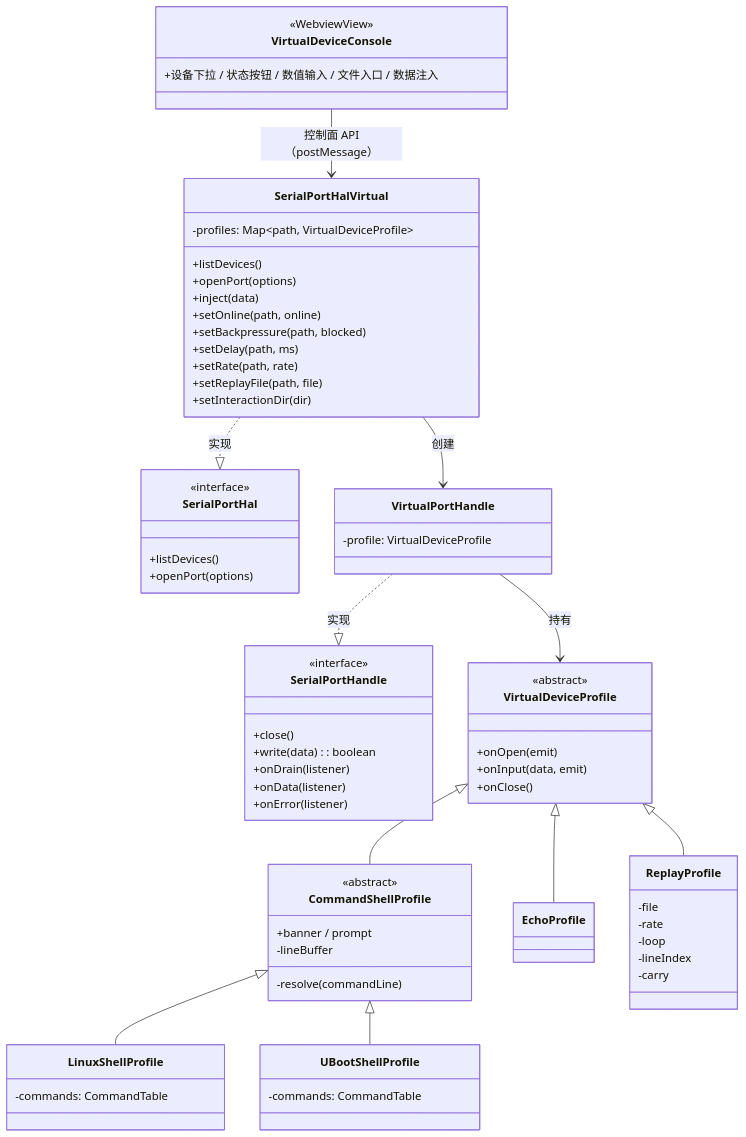
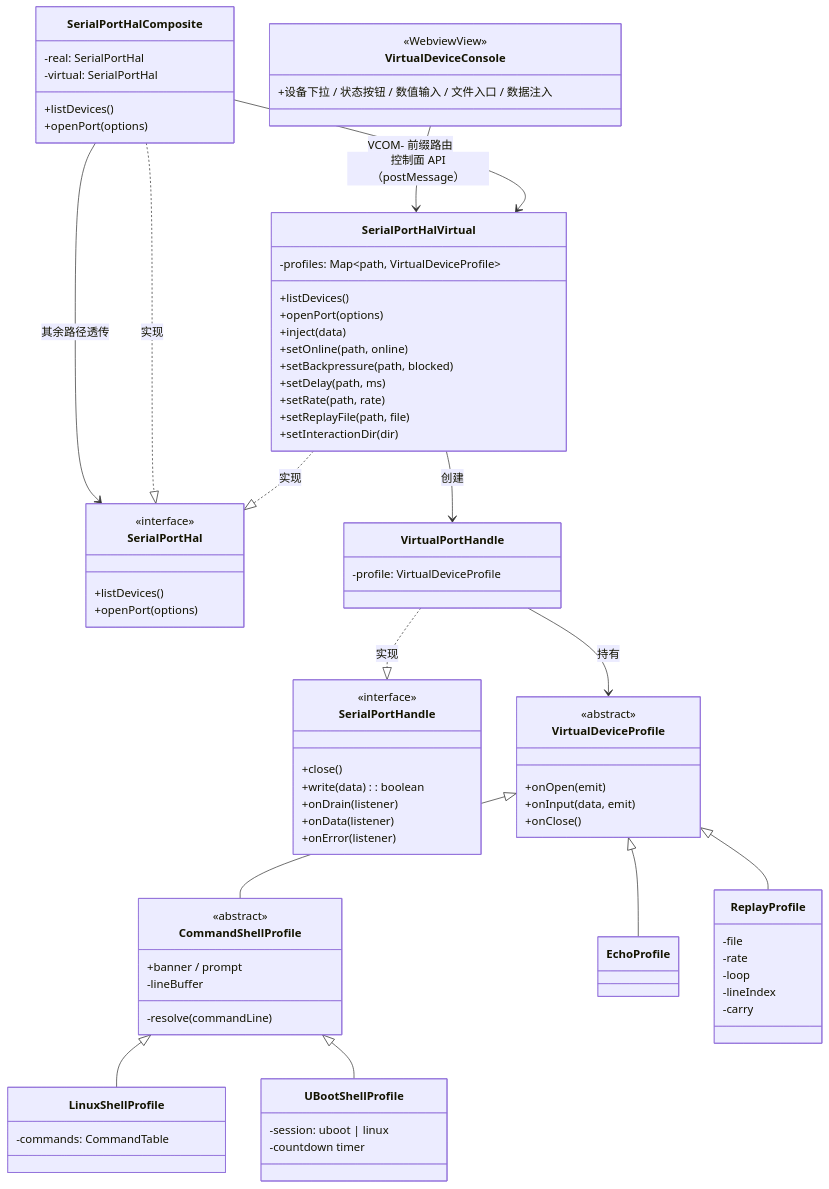
Before and after one commit to ziqiang-zhu/vscode-serial-port-terminal: the diagram in doc/Hal/SerialPortHalVirtual规划.md, drawn with Mermaid. The commit also changed other lines of this file and 21 other files, not shown here.

````diff
--- a/doc/Hal/SerialPortHalVirtual规划.md
+++ b/doc/Hal/SerialPortHalVirtual规划.md
@@ -219,71 +249,81 @@
 ```mermaid
 classDiagram
     class SerialPortHal {
         <<interface>>
         +listDevices()
         +openPort(options)
     }
     class SerialPortHandle {
         <<interface>>
         +close()
         +write(data): boolean
         +onDrain(listener)
         +onData(listener)
         +onError(listener)
     }
     class SerialPortHalVirtual {
         -profiles: Map~path, VirtualDeviceProfile~
         +listDevices()
         +openPort(options)
         +inject(data)
         +setOnline(path, online)
         +setBackpressure(path, blocked)
         +setDelay(path, ms)
         +setRate(path, rate)
         +setReplayFile(path, file)
         +setInteractionDir(dir)
     }
     class VirtualPortHandle {
         -profile: VirtualDeviceProfile
     }
     class VirtualDeviceProfile {
         <<abstract>>
         +onOpen(emit)
         +onInput(data, emit)
         +onClose()
     }
     class CommandShellProfile {
         <<abstract>>
         +banner / prompt
         -lineBuffer
         -resolve(commandLine)
     }
     class EchoProfile
     class LinuxShellProfile {
         -commands: CommandTable
     }
     class UBootShellProfile {
-        -commands: CommandTable
+        -session: uboot | linux
+        -countdown timer
+    }
+    class SerialPortHalComposite {
+        -real: SerialPortHal
+        -virtual: SerialPortHal
+        +listDevices()
+        +openPort(options)
     }
     class ReplayProfile {
         -file
         -rate
         -loop
         -lineIndex
         -carry
     }
     class VirtualDeviceConsole {
         <<WebviewView>>
         +设备下拉 / 状态按钮 / 数值输入 / 文件入口 / 数据注入
     }
     SerialPortHalVirtual ..|> SerialPortHal : 实现
+    SerialPortHalComposite ..|> SerialPortHal : 实现
     VirtualPortHandle ..|> SerialPortHandle : 实现
+    SerialPortHalComposite --> SerialPortHalVirtual : VCOM- 前缀路由
+    SerialPortHalComposite --> SerialPortHal : 其余路径透传
     SerialPortHalVirtual --> VirtualPortHandle : 创建
     VirtualPortHandle --> VirtualDeviceProfile : 持有
     VirtualDeviceProfile <|-- EchoProfile
     VirtualDeviceProfile <|-- CommandShellProfile
     CommandShellProfile <|-- LinuxShellProfile
     CommandShellProfile <|-- UBootShellProfile
     VirtualDeviceProfile <|-- ReplayProfile
     VirtualDeviceConsole --> SerialPortHalVirtual : 控制面 API（postMessage）
 ```
````
